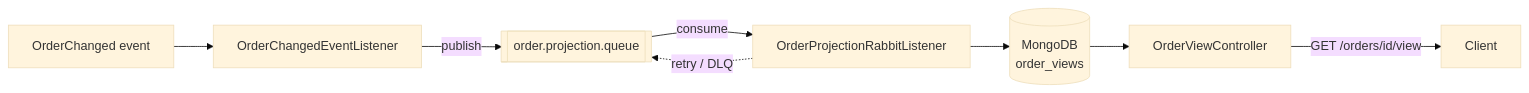
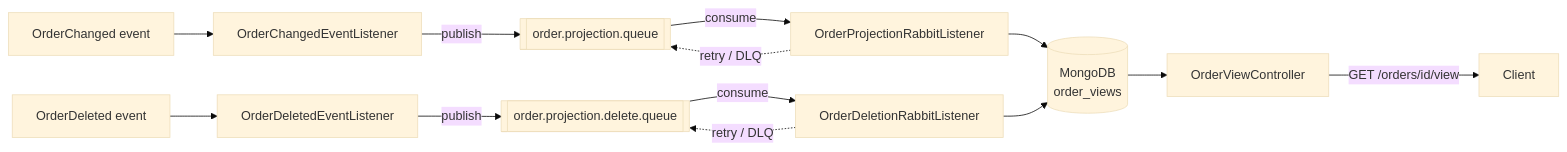
The third of 3 diagrams in README.md (ronybrand/spring-order-api), drawn with Mermaid (base theme) before and after one commit. The commit also changed other lines of this file and 14 other files, not shown here.

First line of the commit message:
feat(order): propagate soft-delete to the order-view read model (#16)

````diff
--- a/README.md
+++ b/README.md
@@ -56,6 +56,8 @@
 ```mermaid
 flowchart LR
     Changed[OrderChanged event] --> Bridge[OrderChangedEventListener] -->|publish| PQueue[[order.projection.queue]] -->|consume| PConsumer[OrderProjectionRabbitListener] --> Mongo[(MongoDB<br/>order_views)]
     PConsumer -.->|retry / DLQ| PQueue
+    Deleted[OrderDeleted event] --> DelBridge[OrderDeletedEventListener] -->|publish| DQueue[[order.projection.delete.queue]] -->|consume| DConsumer[OrderDeletionRabbitListener] --> Mongo
+    DConsumer -.->|retry / DLQ| DQueue
     Mongo --> ViewController[OrderViewController] -->|GET /orders/id/view| ViewClient[Client]
 ```
````
